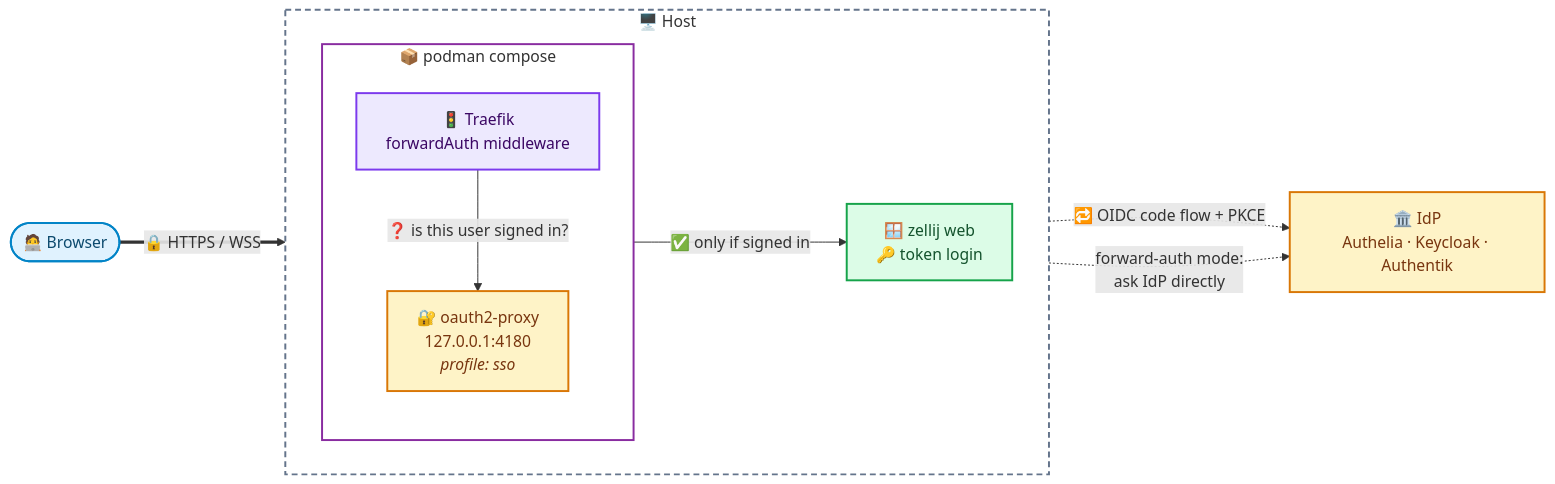
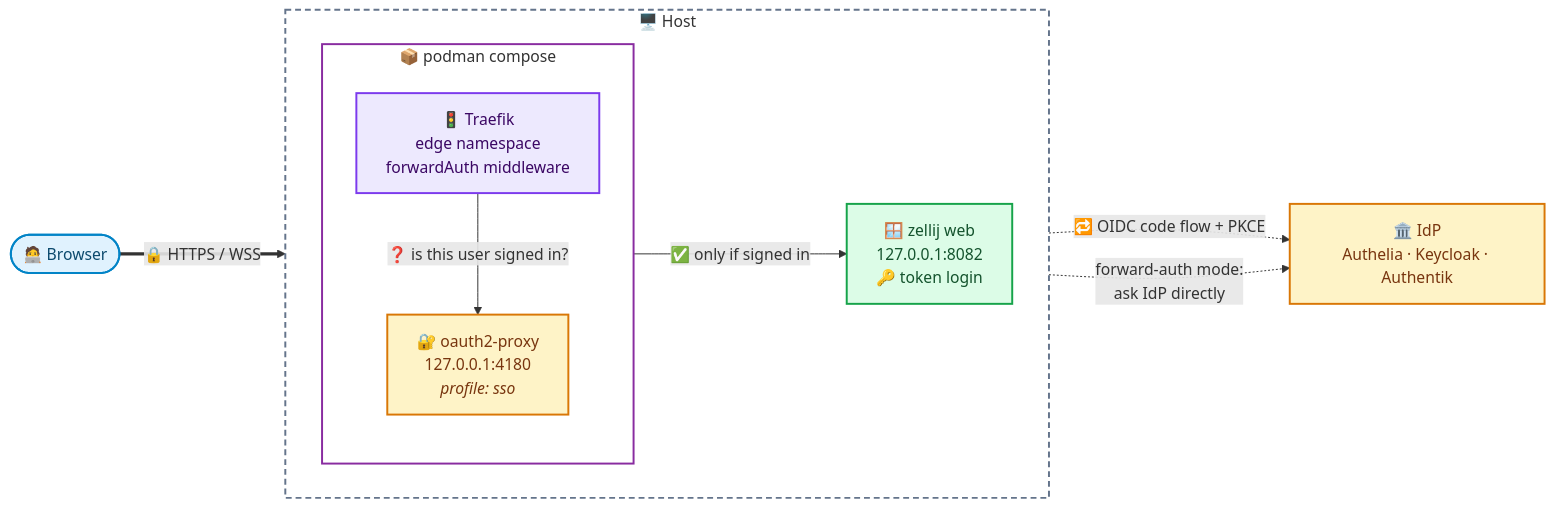
The first of 2 diagrams in docs/sso.md (thereisnotime/secure-zellij), drawn with Mermaid before and after one commit. The commit also changed other lines of this file and 3 other files, not shown here.

Commit message:
docs: rework the fail2ban, alerting, SSO and SELinux pages for the edge namespace

````diff
--- a/docs/sso.md
+++ b/docs/sso.md
@@ -43,35 +43,35 @@
 ```mermaid
 flowchart LR
     user(["🧑‍💻 Browser"])
 
     subgraph host["🖥️ Host"]
         direction LR
         subgraph stack["📦 podman compose"]
             direction TB
-            traefik["🚦 Traefik<br/>forwardAuth middleware"]
+            traefik["🚦 Traefik<br/>edge namespace<br/>forwardAuth middleware"]
             o2p["🔐 oauth2-proxy<br/>127.0.0.1:4180<br/><i>profile: sso</i>"]
         end
-        zellij["🪟 zellij web<br/>🔑 token login"]
+        zellij["🪟 zellij web<br/>127.0.0.1:8082<br/>🔑 token login"]
     end
 
     idp["🏛️ IdP<br/>Authelia · Keycloak · Authentik"]
 
     user == "🔒 HTTPS / WSS" ==> traefik
     traefik -- "❓ is this user signed in?" --> o2p
     o2p -. "🔁 OIDC code flow + PKCE" .-> idp
     traefik -- "✅ only if signed in" --> zellij
     traefik -. "forward-auth mode:<br/>ask IdP directly" .-> idp
 
     classDef client fill:#e0f2fe,stroke:#0284c7,stroke-width:2px,color:#0c4a6e
     classDef proxy fill:#ede9fe,stroke:#7c3aed,stroke-width:2px,color:#3b0764
     classDef app fill:#dcfce7,stroke:#16a34a,stroke-width:2px,color:#14532d
     classDef auth fill:#fef3c7,stroke:#d97706,stroke-width:2px,color:#78350f
 
     class user client
     class traefik proxy
     class zellij app
     class o2p,idp auth
 
     style host fill:transparent,stroke:#64748b,stroke-width:2px,stroke-dasharray:6 4
     style stack fill:transparent,stroke:#892ca0,stroke-width:2px
 ```
````
